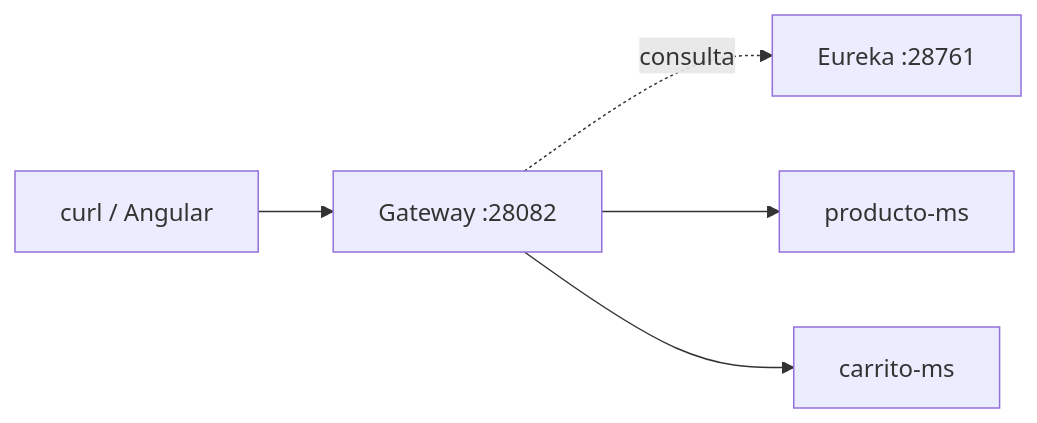
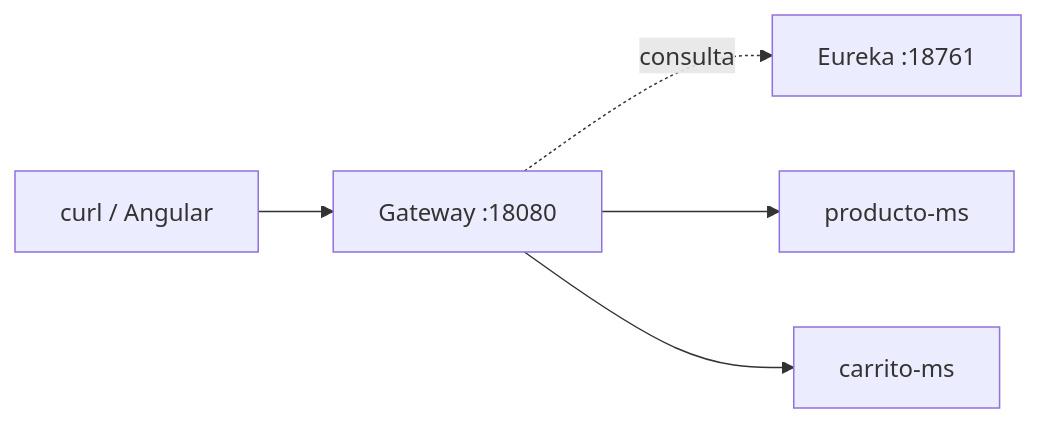
Before and after one commit to erickmijael17/SmartCampus-Marketplace: the first of 2 diagrams in docs/sesiones/s04-gateway-trafico.md, drawn with Mermaid. The commit also changed 11 other files, not shown here.

````diff
--- a/docs/sesiones/s04-gateway-trafico.md
+++ b/docs/sesiones/s04-gateway-trafico.md
@@ -46,12 +46,12 @@
 ```mermaid
 flowchart LR
     Client["curl / Angular"]
-    GW["Gateway :28082"]
-    EU["Eureka :28761"]
+    GW["Gateway :18080"]
+    EU["Eureka :18761"]
     PROD["producto-ms"]
     CART["carrito-ms"]
     Client --> GW
     GW -. consulta .-> EU
     GW --> PROD
     GW --> CART
 ```
````
